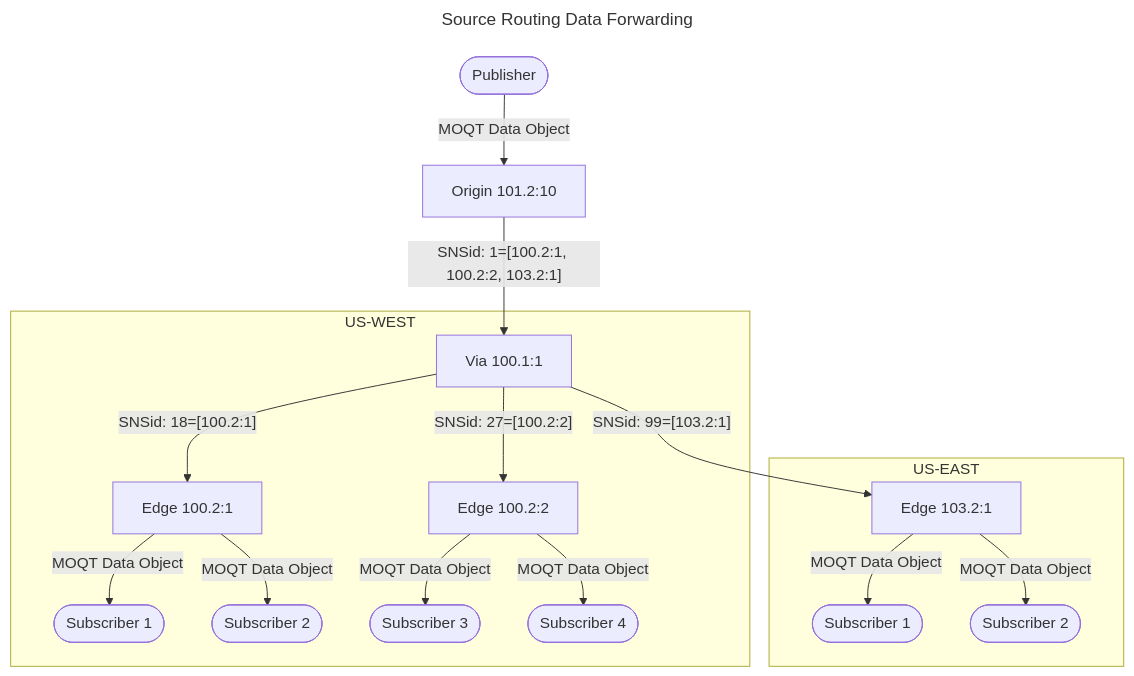
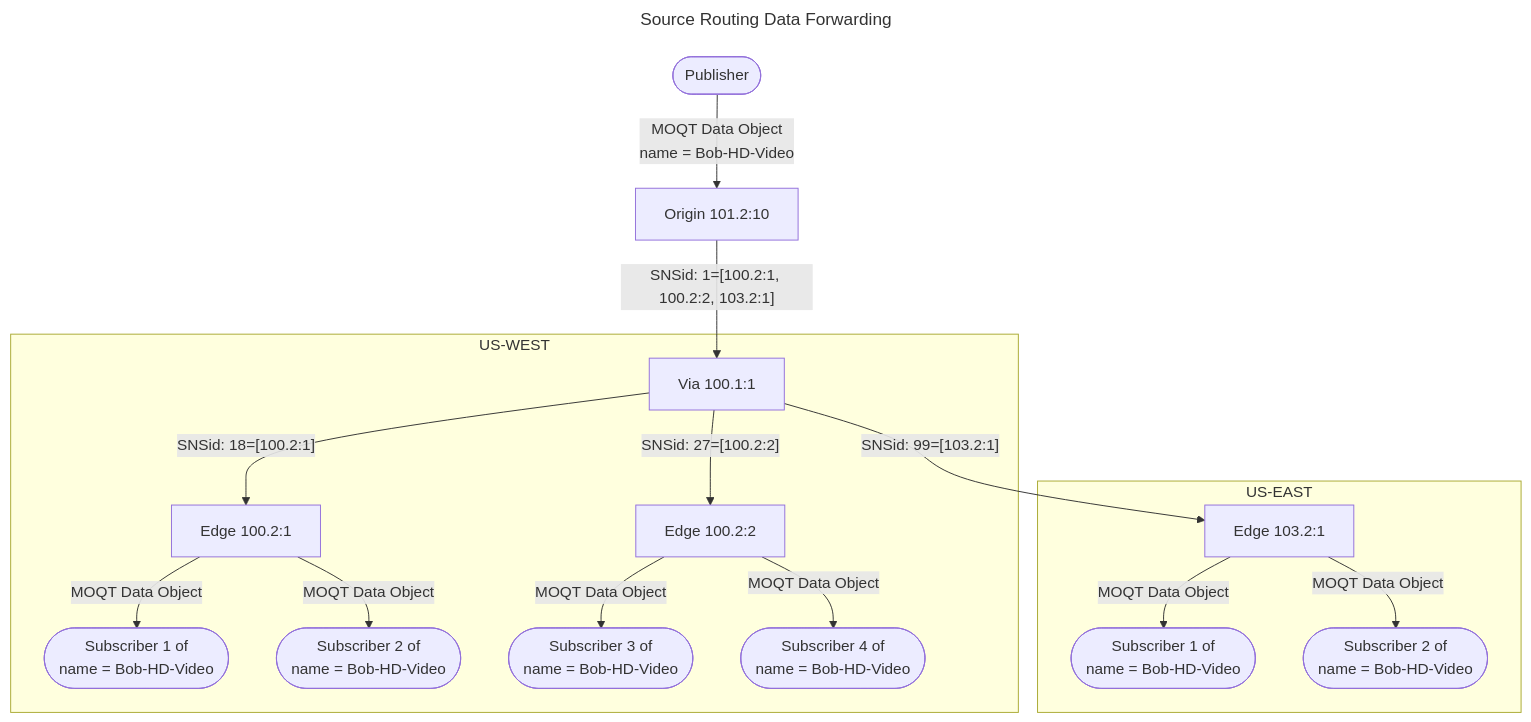
One commit to Quicr/laps changed diagram 17 of 29 in docs/relay-protocol.md. Above: the diagram before and after it, drawn with Mermaid. The commit also changed other lines of this file and 5 other files, not shown here.

````diff
--- a/docs/relay-protocol.md
+++ b/docs/relay-protocol.md
@@ -887,23 +889,23 @@
 ```mermaid
 ---
 title: Source Routing Data Forwarding
 ---
 flowchart TD
-    P([Publisher]) -- MOQT Data Object --> OE[Origin 101.2:10]
+    P([Publisher]) -- MOQT Data Object </br>name = Bob-HD-Video --> OE[Origin 101.2:10]
     OE -- " SNSid: 1=[100.2:1, 100.2:2, 103.2:1] " --> V1[Via 100.1:1]
 
     subgraph US-WEST
         V1 -- " SNSid: 18=[100.2:1] " --> w1[Edge 100.2:1]
-        w1 -- MOQT Data Object --> wS1([Subscriber 1])
-        w1 -- MOQT Data Object --> wS2([Subscriber 2])
+        w1 -- MOQT Data Object --> wS1([Subscriber 1 of</br>name = Bob-HD-Video])
+        w1 -- MOQT Data Object --> wS2([Subscriber 2 of</br>name = Bob-HD-Video])
         V1 -- " SNSid: 27=[100.2:2] " --> w2[Edge 100.2:2]
-        w2 -- MOQT Data Object --> wS3([Subscriber 3])
-        w2 -- MOQT Data Object --> wS4([Subscriber 4])
+        w2 -- MOQT Data Object --> wS3([Subscriber 3 of</br>name = Bob-HD-Video])
+        w2 -- MOQT Data Object --> wS4([Subscriber 4 of</br>name = Bob-HD-Video])
     end
     subgraph US-EAST
         V1 -- " SNSid: 99=[103.2:1] " --> e1[Edge 103.2:1]
-        e1 -- MOQT Data Object --> eS3([Subscriber 1])
-        e1 -- MOQT Data Object --> eS4([Subscriber 2])
+        e1 -- MOQT Data Object --> eS3([Subscriber 1 of</br>name = Bob-HD-Video])
+        e1 -- MOQT Data Object --> eS4([Subscriber 2 of</br>name = Bob-HD-Video])
 
     end
 ```
````
